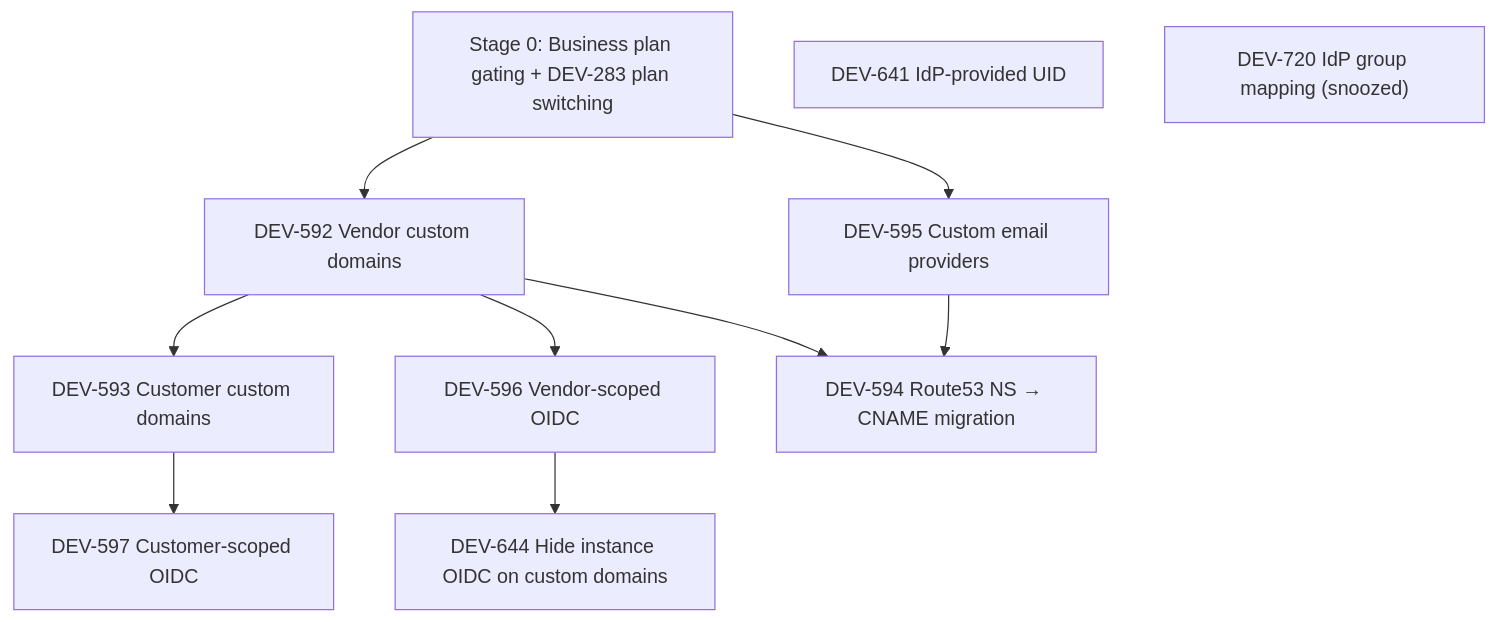
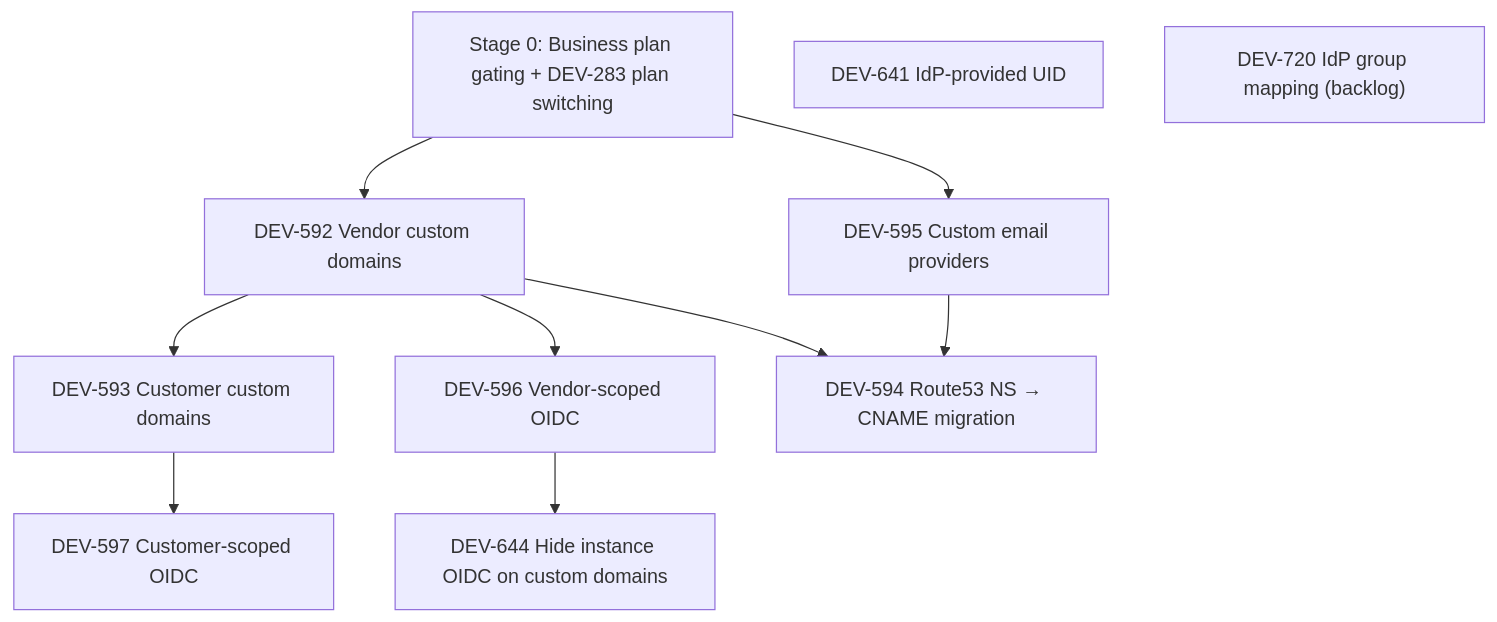
The diagram in oidc.md (distr-sh/distr), drawn with Mermaid before and after one commit. The commit also changed other lines of this file, not shown here.

````diff
--- a/oidc.md
+++ b/oidc.md
@@ -18,13 +18,13 @@
 ```mermaid
 graph TD
     DEV283["Stage 0: Business plan gating + DEV-283 plan switching"] --> DEV592
     DEV592["DEV-592 Vendor custom domains"] --> DEV593["DEV-593 Customer custom domains"]
     DEV592 --> DEV596["DEV-596 Vendor-scoped OIDC"]
     DEV592 --> DEV594["DEV-594 Route53 NS → CNAME migration"]
     DEV283 --> DEV595
     DEV595["DEV-595 Custom email providers"] --> DEV594
     DEV593 --> DEV597["DEV-597 Customer-scoped OIDC"]
     DEV596 --> DEV644["DEV-644 Hide instance OIDC on custom domains"]
     DEV641["DEV-641 IdP-provided UID"]
-    DEV720["DEV-720 IdP group mapping (snoozed)"]
+    DEV720["DEV-720 IdP group mapping (backlog)"]
 ```
````
